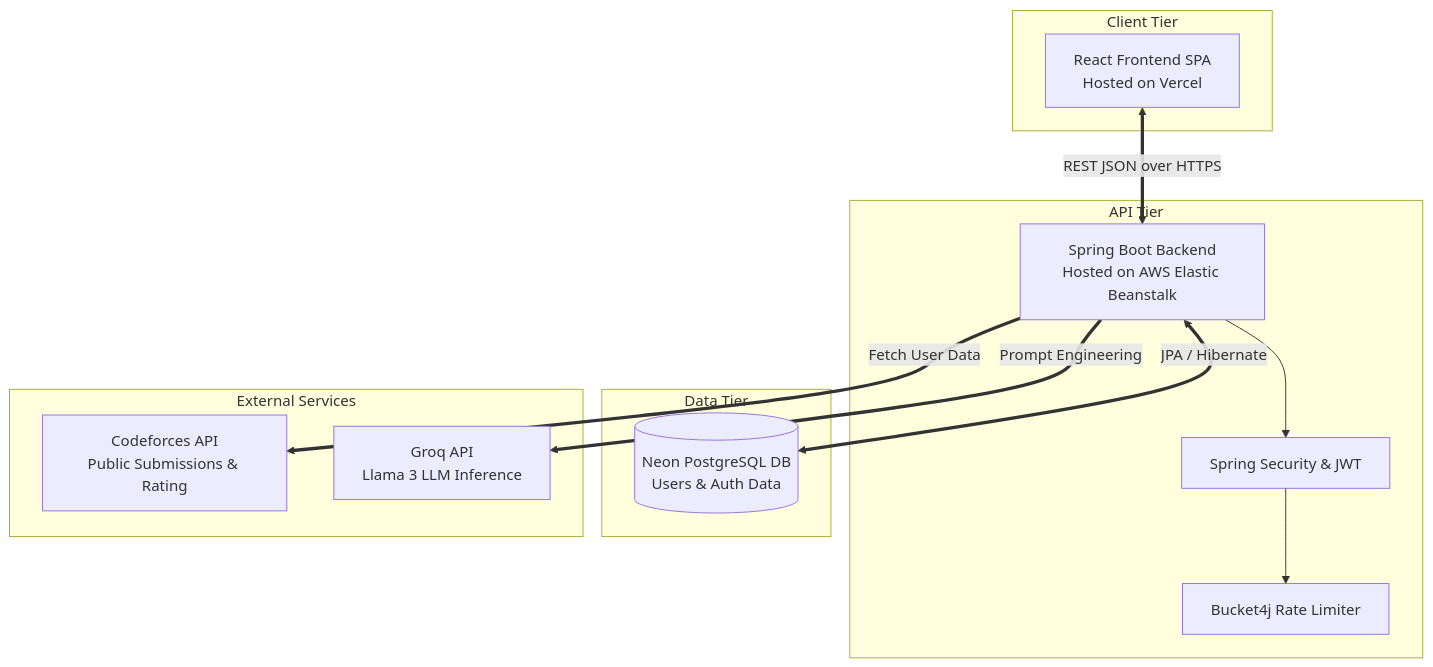
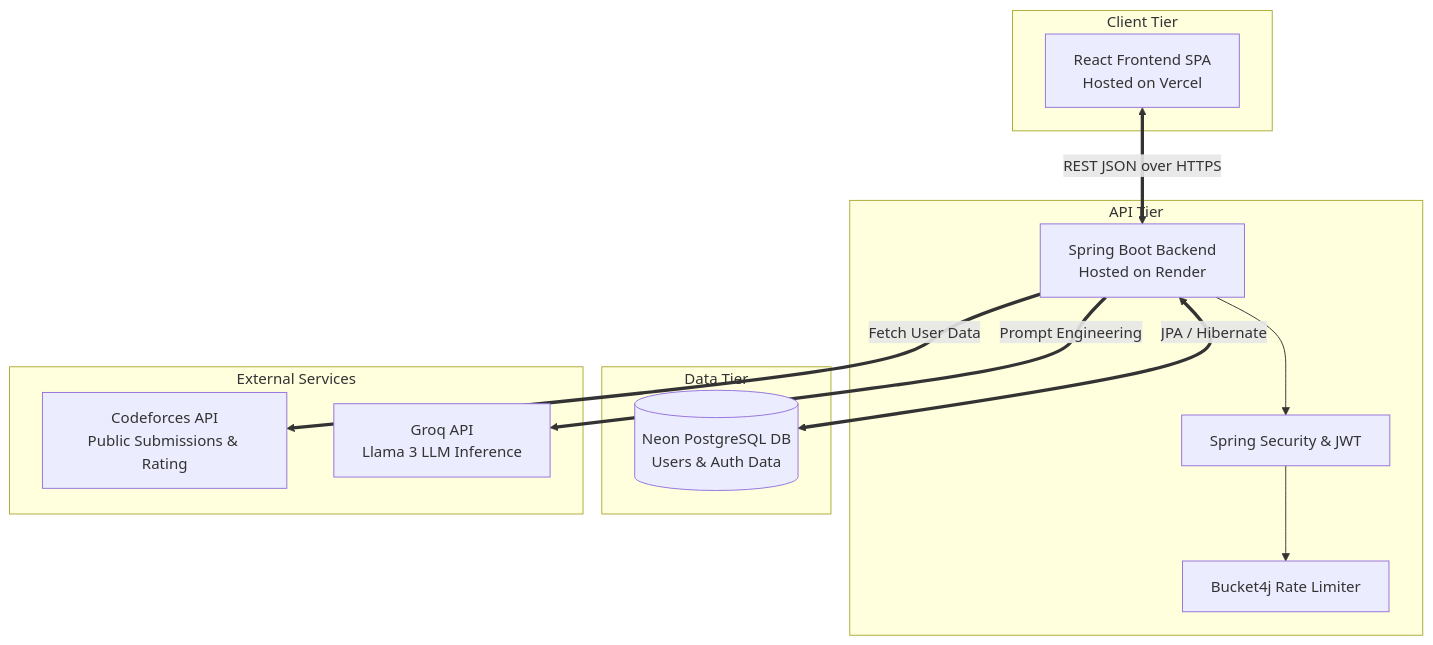
The first of 2 diagrams in README.md (VSK-777/AIAlgoCoach), drawn with Mermaid before and after one commit. The commit also changed other lines of this file and 8 other files, not shown here.

````diff
--- a/README.md
+++ b/README.md
@@ -81,29 +81,29 @@
 ```mermaid
 graph TD
     subgraph Client Tier
         UI[React Frontend SPA<br/>Hosted on Vercel]
     end
 
     subgraph API Tier
-        API[Spring Boot Backend<br/>Hosted on AWS Elastic Beanstalk]
+        API[Spring Boot Backend<br/>Hosted on Render]
         Security[Spring Security & JWT]
         RateLimit[Bucket4j Rate Limiter]
         
         API --> Security
         Security --> RateLimit
     end
 
     subgraph Data Tier
         DB[(Neon PostgreSQL DB<br/>Users & Auth Data)]
     end
 
     subgraph External Services
         CF[Codeforces API<br/>Public Submissions & Rating]
         AI[Groq API<br/>Llama 3 LLM Inference]
     end
 
     UI <==>|REST JSON over HTTPS| API
     API <==>|JPA / Hibernate| DB
     API ==>|Fetch User Data| CF
     API ==>|Prompt Engineering| AI
 ```
````
